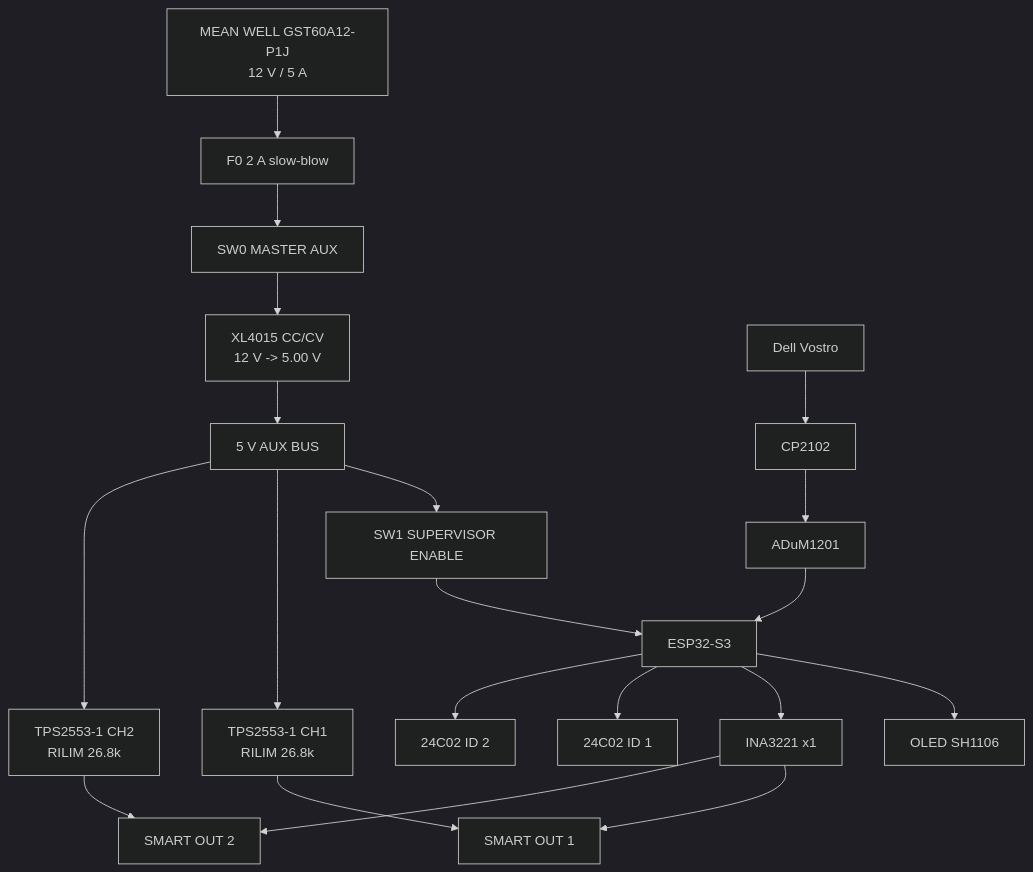
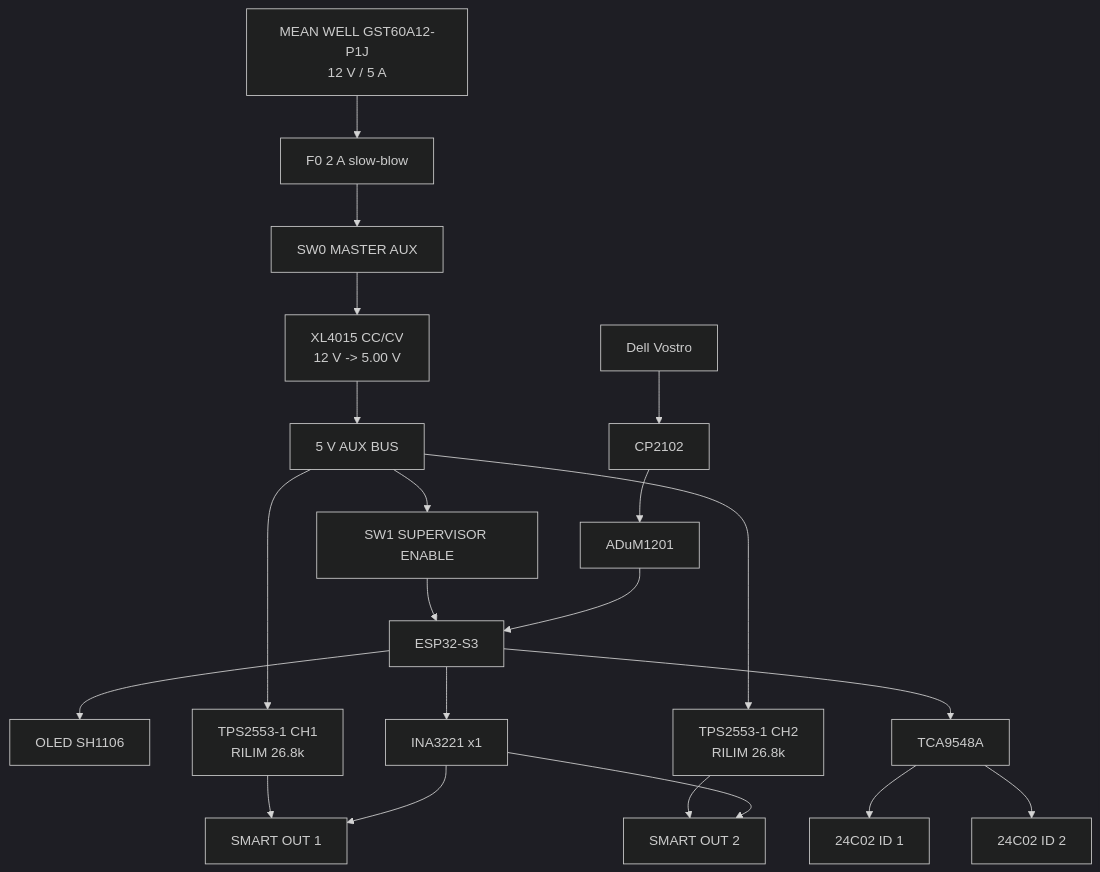
One commit to Jesus-Medina/Cyberdeck-R5-ESP32 changed the diagram in docs/15-v0.1-smart-power-supervisor.md. Above: the diagram before and after it, drawn with Mermaid (dark theme). The commit also changed other lines of this file, not shown here.

Commit message:
docs: align V0.1 overview with detailed wiring architecture

```diff
--- a/docs/15-v0.1-smart-power-supervisor.md
+++ b/docs/15-v0.1-smart-power-supervisor.md
@@ -26,41 +26,43 @@
 ~~~mermaid
 flowchart TB
     PSU["MEAN WELL GST60A12-P1J\n12 V / 5 A"]
     F0["F0 2 A slow-blow"]
     SW0["SW0 MASTER AUX"]
     BUCK["XL4015 CC/CV\n12 V -> 5.00 V"]
     BUS["5 V AUX BUS"]
 
     SW1["SW1 SUPERVISOR ENABLE"]
     ESP["ESP32-S3"]
     OLED["OLED SH1106"]
     INA["INA3221 x1"]
+    MUX["TCA9548A"]
 
     CH1["TPS2553-1 CH1\nRILIM 26.8k"]
     CH2["TPS2553-1 CH2\nRILIM 26.8k"]
     SLOT1["SMART OUT 1"]
     SLOT2["SMART OUT 2"]
 
     ID1["24C02 ID 1"]
     ID2["24C02 ID 2"]
 
     HOST["Dell Vostro"]
     UART["CP2102"]
     ISO["ADuM1201"]
 
     PSU --> F0 --> SW0 --> BUCK --> BUS
     BUS --> SW1 --> ESP
     ESP --> OLED
     ESP --> INA
+    ESP --> MUX
 
     BUS --> CH1 --> SLOT1
     BUS --> CH2 --> SLOT2
 
     INA --> SLOT1
     INA --> SLOT2
 
-    ESP --> ID1
-    ESP --> ID2
+    MUX --> ID1
+    MUX --> ID2
 
     HOST --> UART --> ISO --> ESP
 ~~~
```
